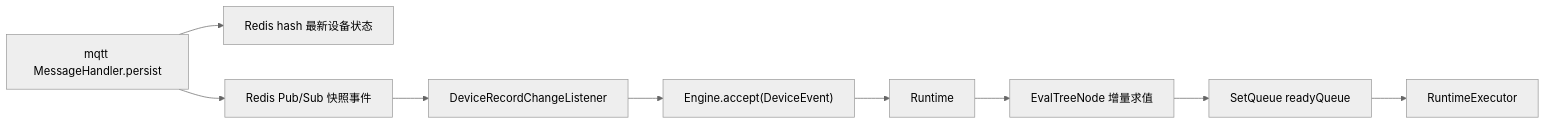
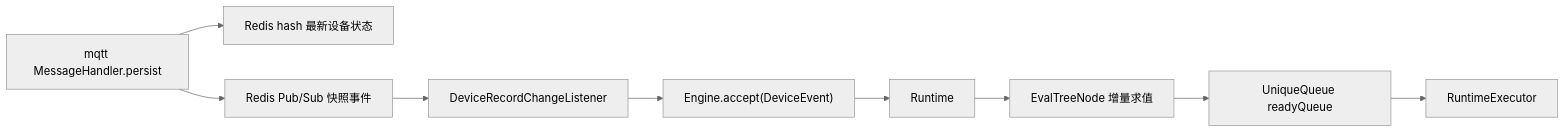
The diagram in docs/engine设计.md (NeoM-Coding/Labsystem), drawn with Mermaid (neutral theme) before and after one commit. The commit also changed other lines of this file and 16 other files, not shown here.

Commit message:
refactor(SetQueue): 剥离SetQueue设计  给出抽象索引队列

````diff
--- a/docs/engine设计.md
+++ b/docs/engine设计.md
@@ -9,21 +9,21 @@
 ```mermaid
 flowchart LR
     MQTT["mqtt MessageHandler.persist"]
     Hash["Redis hash 最新设备状态"]
     PubSub["Redis Pub/Sub 快照事件"]
     Listener["DeviceRecordChangeListener"]
     Engine["Engine.accept(DeviceEvent)"]
     Runtime["Runtime"]
     Eval["EvalTreeNode 增量求值"]
-    Queue["SetQueue readyQueue"]
+    Queue["UniqueQueue readyQueue"]
     Executor["RuntimeExecutor"]
 
     MQTT --> Hash
     MQTT --> PubSub
     PubSub --> Listener
     Listener --> Engine
     Engine --> Runtime
     Runtime --> Eval
     Eval --> Queue
     Queue --> Executor
 ```
````
